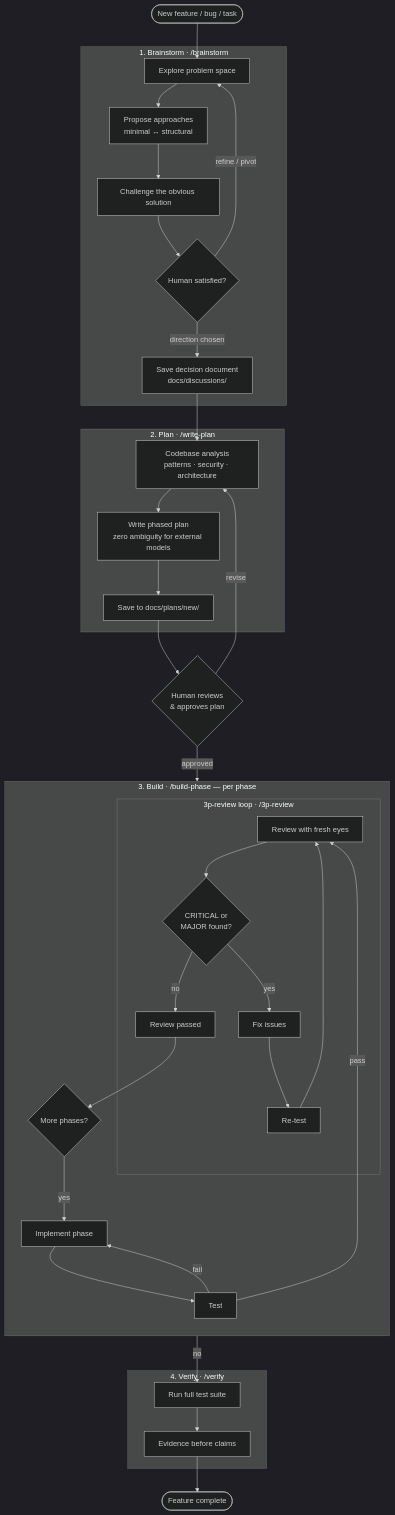
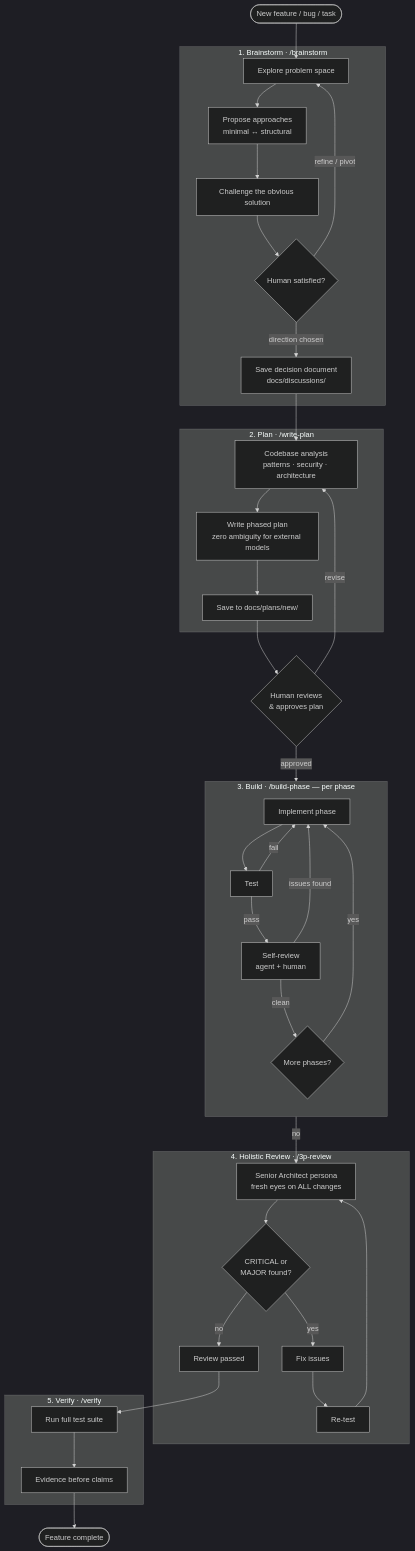
One commit to nikhilw/structured-agentic-workflow changed the diagram in README.md. Above: the diagram before and after it, drawn with Mermaid (dark theme). The commit also changed other lines of this file and 2 other files, not shown here.

First line of the commit message:
Separate per-phase self-review from holistic /3p-review

````diff
--- a/README.md
+++ b/README.md
@@ -228,47 +233,49 @@
 ```mermaid
 flowchart TD
     Start([New feature / bug / task]) --> B1
 
     subgraph Brainstorm ["1. Brainstorm · /brainstorm"]
         B1[Explore problem space] --> B2[Propose approaches<br/>minimal ↔ structural]
         B2 --> B3[Challenge the obvious solution]
         B3 --> B4{Human satisfied?}
         B4 -- "refine / pivot" --> B1
         B4 -- "direction chosen" --> B5[Save decision document<br/>docs/discussions/]
     end
 
     B5 --> P1
 
     subgraph Plan ["2. Plan · /write-plan"]
         P1[Codebase analysis<br/>patterns · security · architecture] --> P2[Write phased plan<br/>zero ambiguity for external models]
         P2 --> P3[Save to docs/plans/new/]
     end
 
     P3 --> Approve{Human reviews<br/>& approves plan}
     Approve -- "revise" --> P1
     Approve -- "approved" --> I
 
     subgraph Build ["3. Build · /build-phase — per phase"]
         direction TB
         I[Implement phase] --> T[Test]
         T -- "fail" --> I
-        T -- "pass" --> R1
-
-        subgraph Review ["3p-review loop · /3p-review"]
-            R1[Review with fresh eyes] --> R2{CRITICAL or<br/>MAJOR found?}
-            R2 -- "yes" --> R3[Fix issues] --> R4[Re-test] --> R1
-            R2 -- "no" --> R5[Review passed]
-        end
-
-        R5 --> Next{More phases?}
+        T -- "pass" --> SR[Self-review<br/>agent + human]
+        SR -- "issues found" --> I
+        SR -- "clean" --> Next{More phases?}
         Next -- "yes" --> I
     end
 
-    Next -- "no" --> V1
+    Next -- "no" --> R1
 
-    subgraph Verify ["4. Verify · /verify"]
+    subgraph FullReview ["4. Holistic Review · /3p-review"]
+        R1[Senior Architect persona<br/>fresh eyes on ALL changes] --> R2{CRITICAL or<br/>MAJOR found?}
+        R2 -- "yes" --> R3[Fix issues] --> R4[Re-test] --> R1
+        R2 -- "no" --> R5[Review passed]
+    end
+
+    R5 --> V1
+
+    subgraph Verify ["5. Verify · /verify"]
         V1[Run full test suite] --> V2[Evidence before claims]
     end
 
     V2 --> Done([Feature complete])
 ```
````
